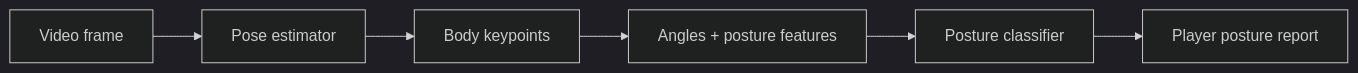
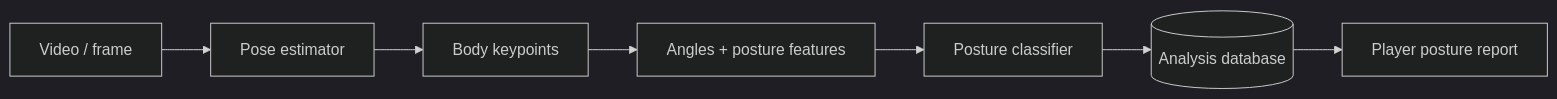
One commit to rsswethaa/football-posture-analysis changed the diagram in README.md. Above: the diagram before and after it, drawn with Mermaid (dark theme). The commit also changed other lines of this file and 12 other files, not shown here.

````diff
--- a/README.md
+++ b/README.md
@@ -14,8 +17,9 @@
 ```mermaid
 flowchart LR
-  V[Video frame] --> P[Pose estimator]
+  V[Video / frame] --> P[Pose estimator]
   P --> K[Body keypoints]
   K --> F[Angles + posture features]
   F --> C[Posture classifier]
-  C --> R[Player posture report]
+  C --> DB[(Analysis database)]
+  DB --> R[Player posture report]
 ```
````
